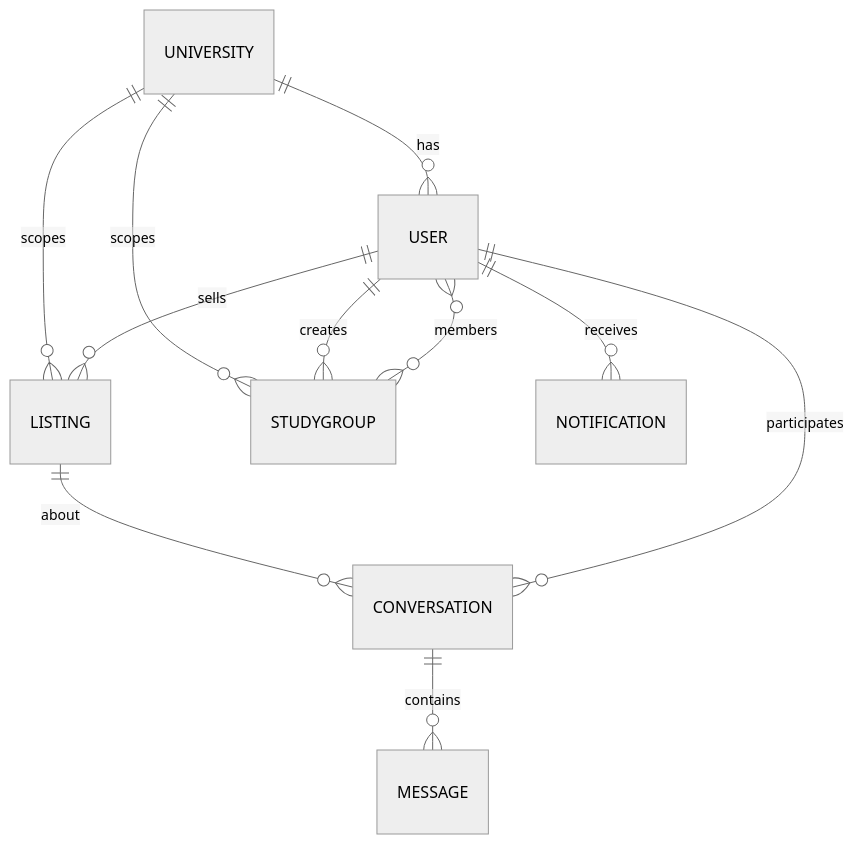
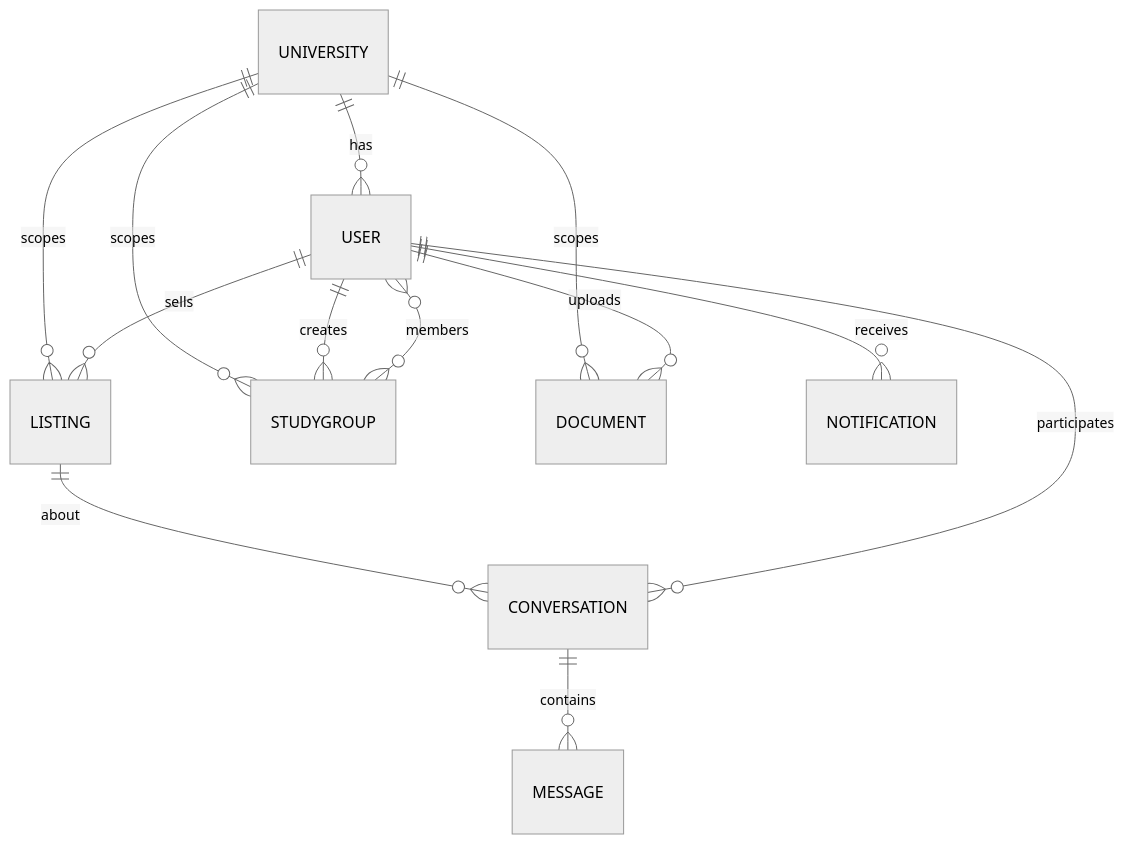
Before and after one commit to Priyansh-Mathur/Manit-Hub: the third of 3 diagrams in README.md, drawn with Mermaid (neutral theme). The commit also changed other lines of this file and 17 other files, not shown here.

````diff
--- a/README.md
+++ b/README.md
@@ -234,13 +237,15 @@
 ```mermaid
 erDiagram
   UNIVERSITY ||--o{ USER : has
   UNIVERSITY ||--o{ LISTING : scopes
   UNIVERSITY ||--o{ STUDYGROUP : scopes
+  UNIVERSITY ||--o{ DOCUMENT : scopes
   USER ||--o{ LISTING : sells
   USER ||--o{ STUDYGROUP : creates
+  USER ||--o{ DOCUMENT : uploads
   STUDYGROUP }o--o{ USER : members
   LISTING ||--o{ CONVERSATION : about
   USER ||--o{ CONVERSATION : participates
   CONVERSATION ||--o{ MESSAGE : contains
   USER ||--o{ NOTIFICATION : receives
 ```
````
